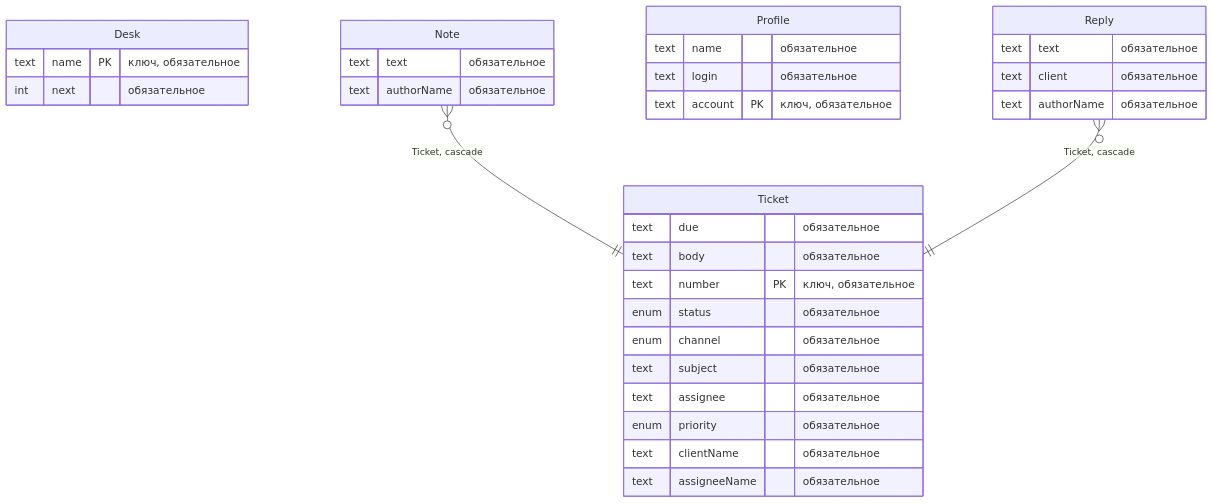
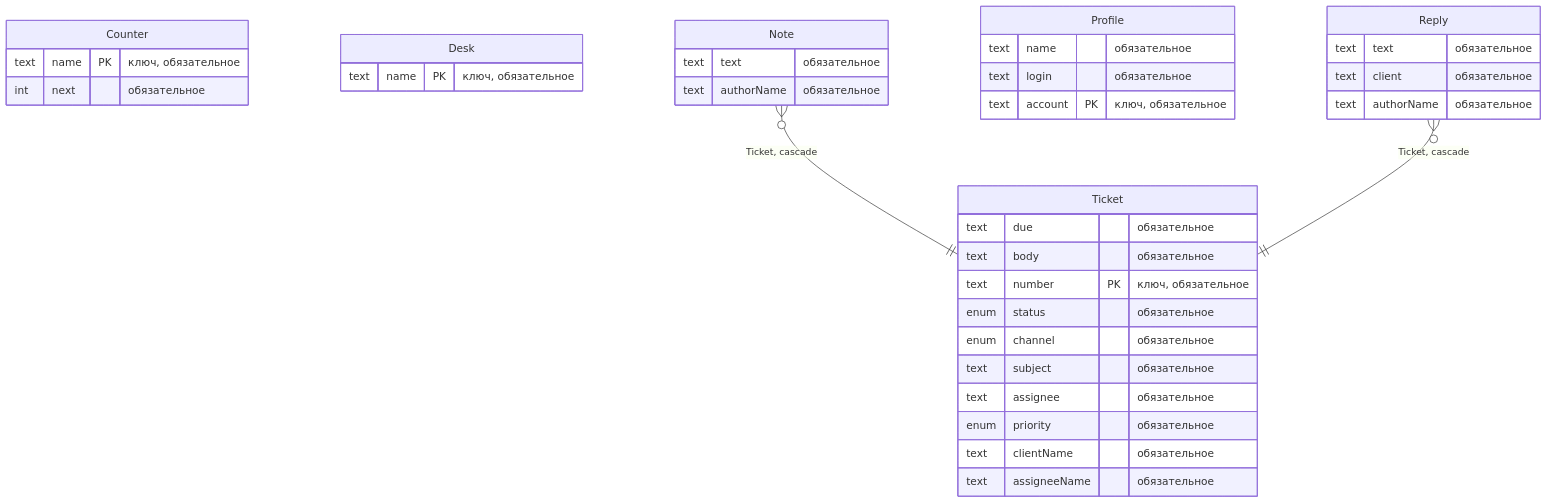
One commit to alepri51/letopis changed the first of 3 diagrams in guide/pages/services/helpdesk.md. Above: the diagram before and after it, drawn with Mermaid. The commit also changed other lines of this file and 5 other files, not shown here.

````diff
--- a/guide/pages/services/helpdesk.md
+++ b/guide/pages/services/helpdesk.md
@@ -45,35 +45,38 @@
 ```mermaid
 erDiagram
+  Counter {
+    text name PK "ключ, обязательное"
+    int next "обязательное"
+  }
   Desk {
     text name PK "ключ, обязательное"
-    int next "обязательное"
   }
   Note {
     text text "обязательное"
     text authorName "обязательное"
   }
   Profile {
     text name "обязательное"
     text login "обязательное"
     text account PK "ключ, обязательное"
   }
   Reply {
     text text "обязательное"
     text client "обязательное"
     text authorName "обязательное"
   }
   Ticket {
     text due "обязательное"
     text body "обязательное"
     text number PK "ключ, обязательное"
     enum status "обязательное"
     enum channel "обязательное"
     text subject "обязательное"
     text assignee "обязательное"
     enum priority "обязательное"
     text clientName "обязательное"
     text assigneeName "обязательное"
   }
   Note }o--|| Ticket : "Ticket, cascade"
   Reply }o--|| Ticket : "Ticket, cascade"
 ```
````
